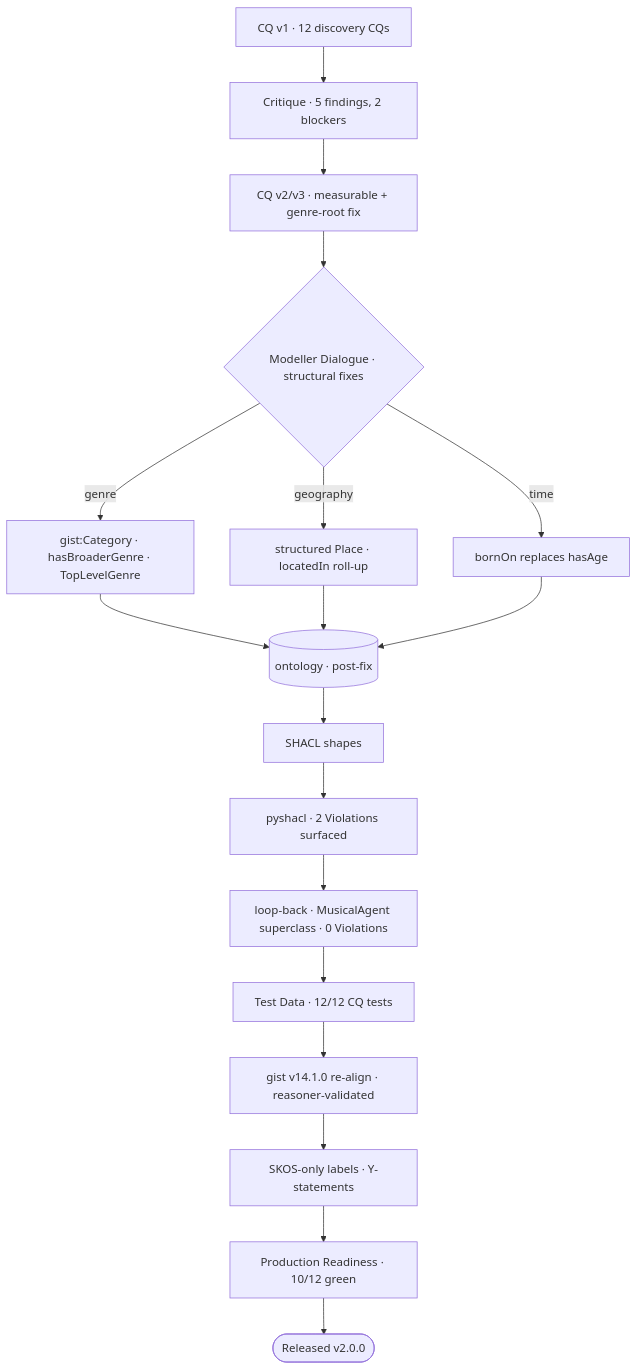
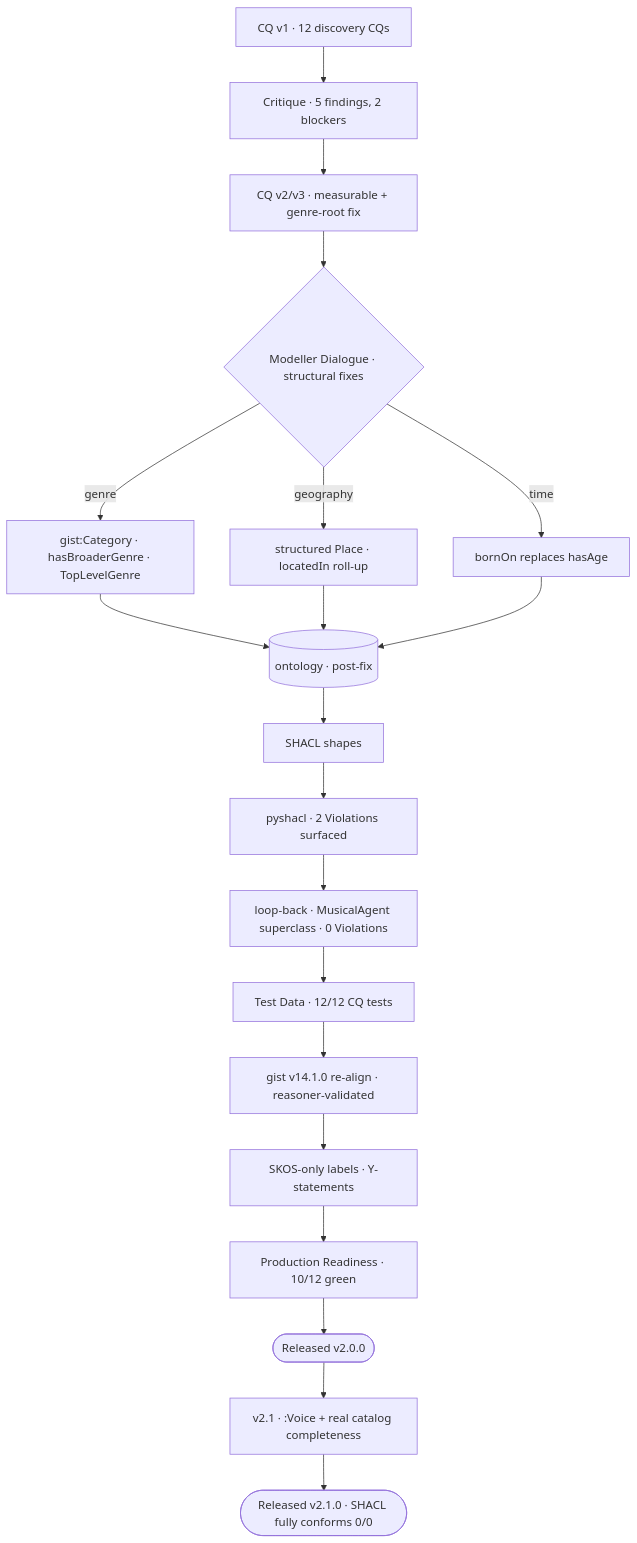
The second of 3 diagrams in README.md (blacng/music-ontology), drawn with Mermaid before and after one commit. The commit also changed other lines of this file, not shown here.

Commit message:
docs: update README for v2.1.0 (release link, journey diagram, vocals, counts) (#13)

````diff
--- a/README.md
+++ b/README.md
@@ -38,20 +38,22 @@
 ```mermaid
 flowchart TB
   cq1[CQ v1 · 12 discovery CQs] --> crit[Critique · 5 findings, 2 blockers]
   crit --> cq2[CQ v2/v3 · measurable + genre-root fix]
   cq2 --> dlg{Modeller Dialogue · structural fixes}
   dlg -->|genre| g[gist:Category · hasBroaderGenre · TopLevelGenre]
   dlg -->|geography| pl[structured Place · locatedIn roll-up]
   dlg -->|time| bd[bornOn replaces hasAge]
   g --> ttl[(ontology · post-fix)]
   pl --> ttl
   bd --> ttl
   ttl --> shacl[SHACL shapes]
   shacl --> rep[pyshacl · 2 Violations surfaced]
   rep --> dlg2[loop-back · MusicalAgent superclass · 0 Violations]
   dlg2 --> td[Test Data · 12/12 CQ tests]
   td --> gist[gist v14.1.0 re-align · reasoner-validated]
   gist --> skos[SKOS-only labels · Y-statements]
   skos --> pr[Production Readiness · 10/12 green]
-  pr --> rel([Released v2.0.0])
+  pr --> v20([Released v2.0.0])
+  v20 --> v21[v2.1 · :Voice + real catalog completeness]
+  v21 --> rel([Released v2.1.0 · SHACL fully conforms 0/0])
 ```
````
